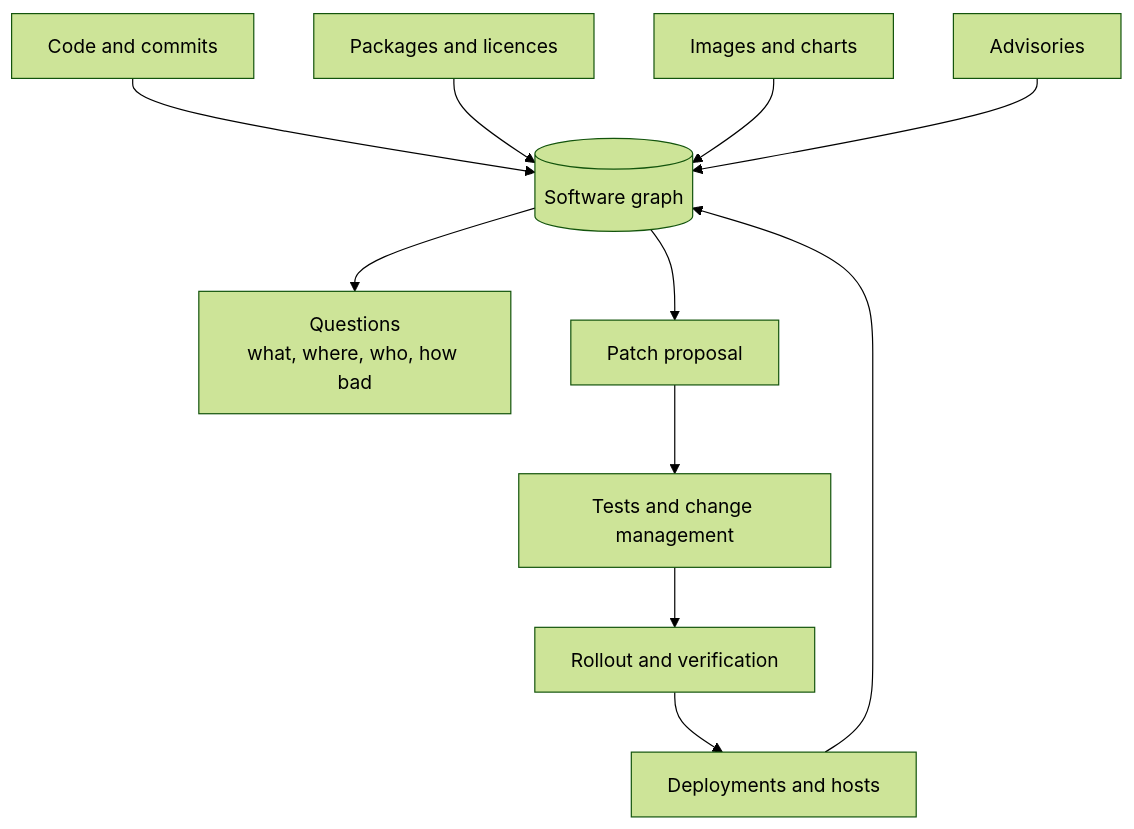
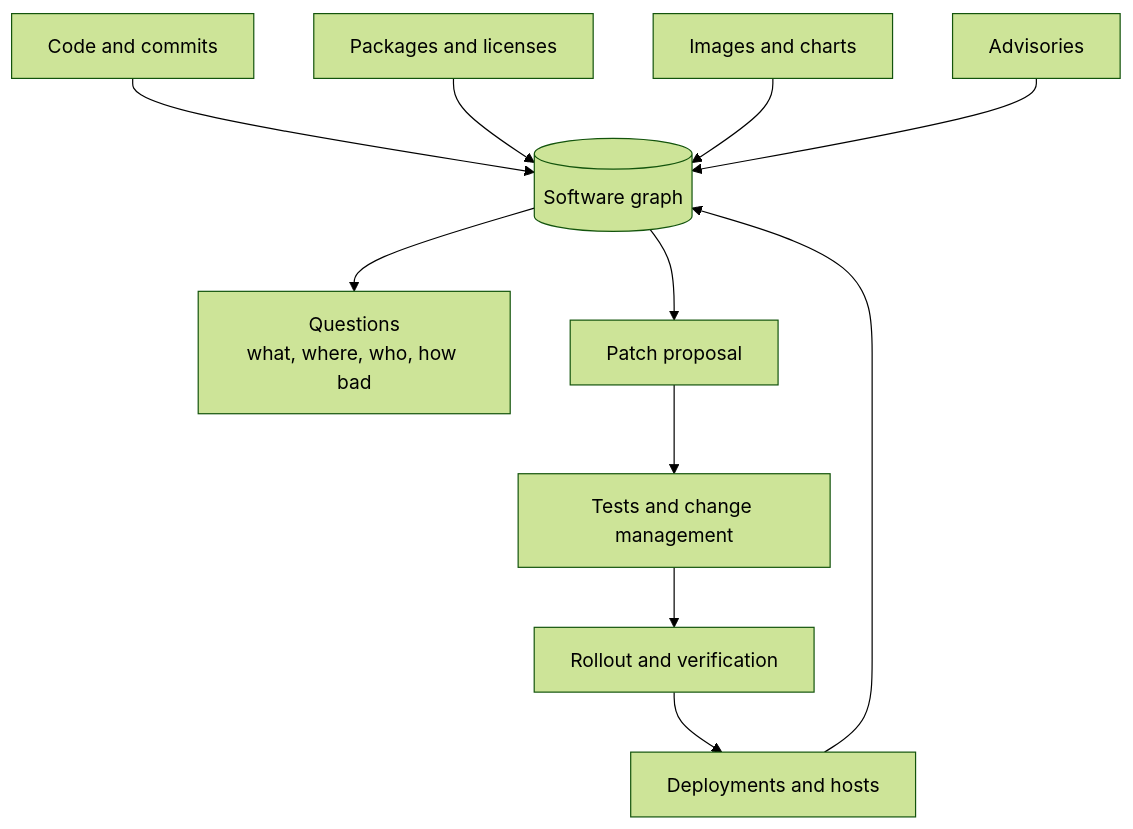
Before and after one commit to JK-Magic-Creations/launchway: the diagram in docs/roadmap/milestone-5.md, drawn with Mermaid (forest theme). The commit also changed other lines of this file and 47 other files, not shown here.

````diff
--- a/docs/roadmap/milestone-5.md
+++ b/docs/roadmap/milestone-5.md
@@ -26,13 +26,13 @@
 ```mermaid
 flowchart TD
   Code["Code and commits"] --> Graph[("Software graph")]
-  Deps["Packages and licences"] --> Graph
+  Deps["Packages and licenses"] --> Graph
   Img["Images and charts"] --> Graph
   Dep["Deployments and hosts"] --> Graph
   Adv["Advisories"] --> Graph
   Graph --> Q["Questions<br/>what, where, who, how bad"]
   Graph --> Patch["Patch proposal"]
   Patch --> Review["Tests and change management"]
   Review --> Roll["Rollout and verification"]
   Roll --> Dep
 ```
````
